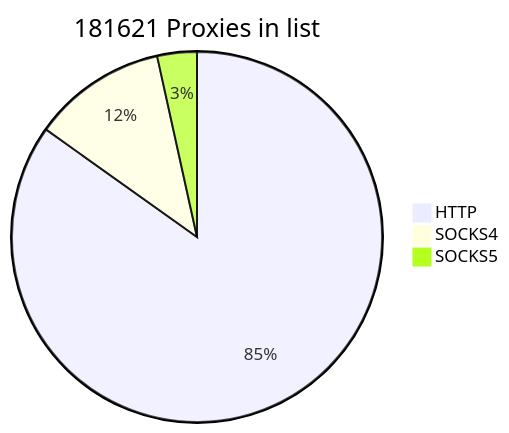
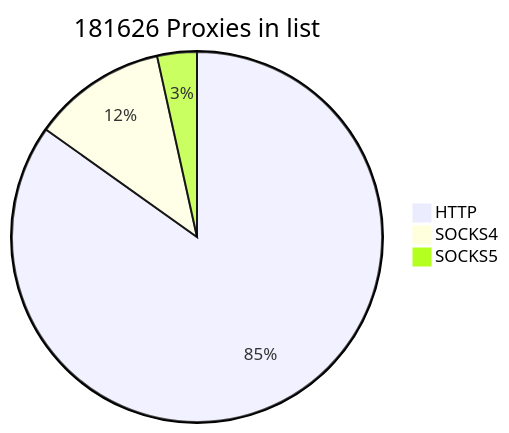
One commit to cutipu/proxylist changed the first of 2 diagrams in README.md. Above: the diagram before and after it, drawn with Mermaid. The commit also changed other lines of this file, not shown here.

````diff
--- a/README.md
+++ b/README.md
@@ -2,7 +2,7 @@
 ```mermaid
-pie title 181621 Proxies in list
-    "HTTP" : 154103
-    "SOCKS4" : 21243
-    "SOCKS5" : 6275
+pie title 181626 Proxies in list
+    "HTTP" : 154104
+    "SOCKS4" : 21241
+    "SOCKS5" : 6281
             
 ```
````
